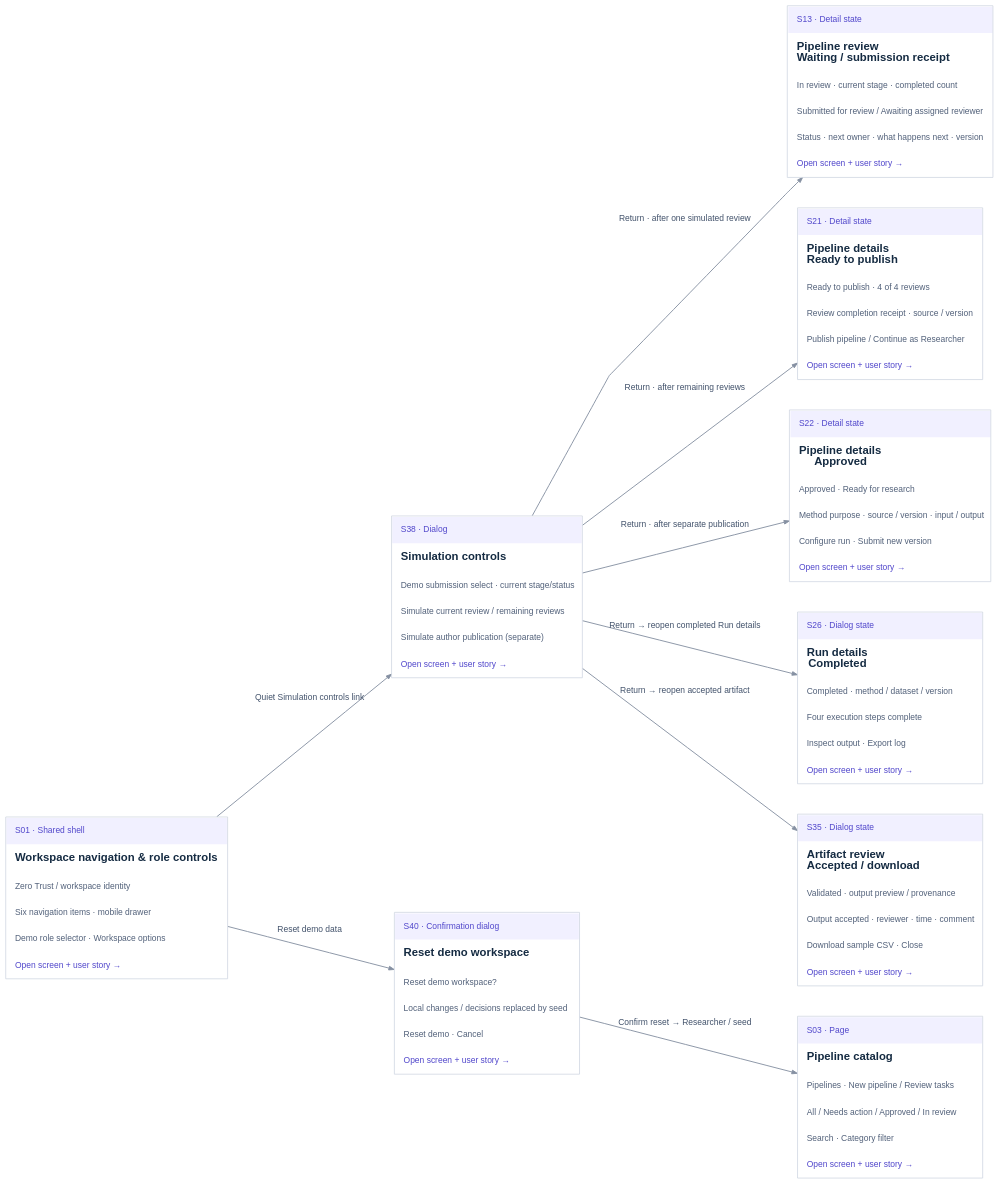
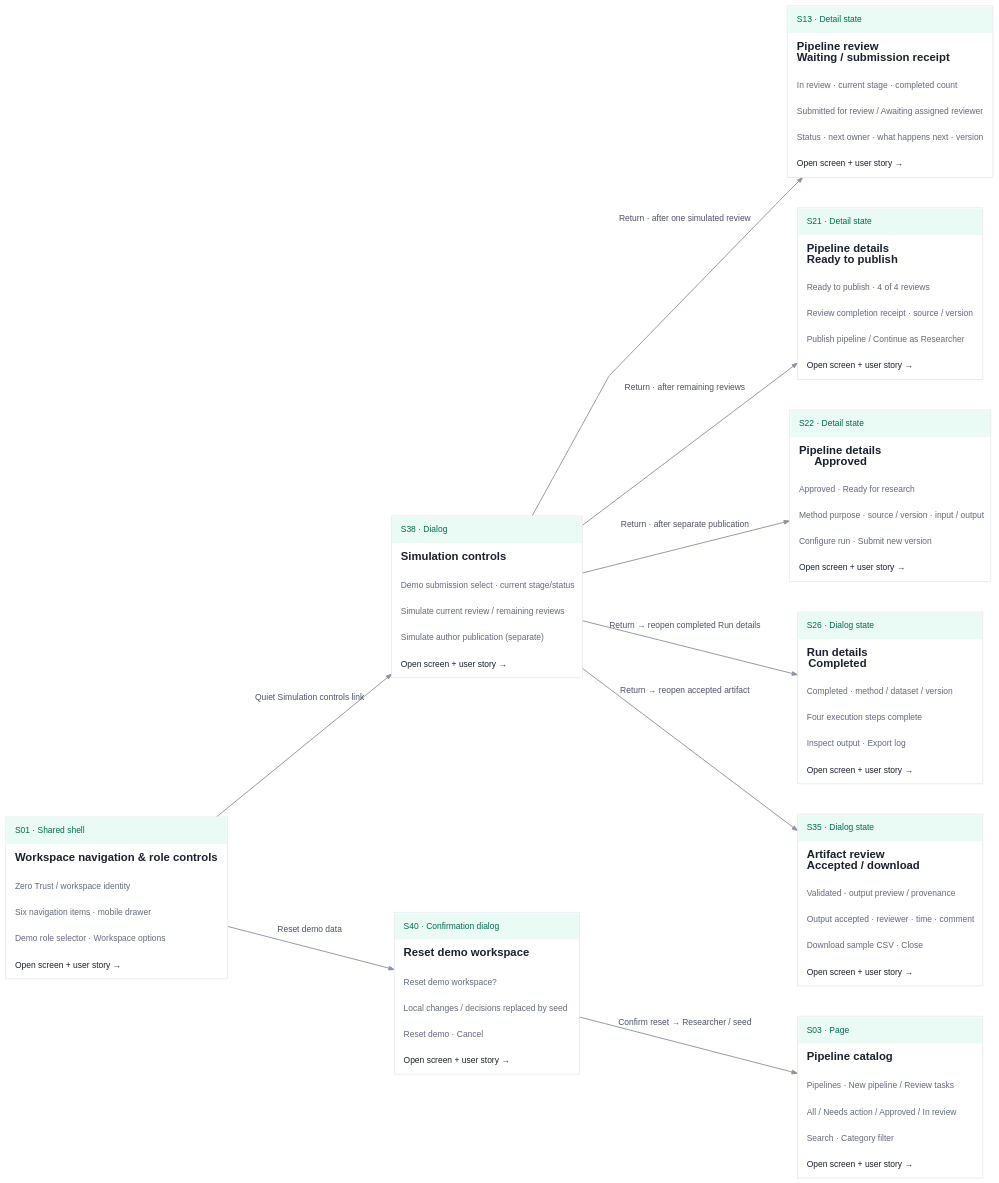
One commit to T-dotnet/Zero_trust changed the diagram in public/mvp-flow-docs/flows/F11.dot. Above: the diagram before and after it, drawn with Graphviz. The commit also changed 50 other files, not shown here.

```diff
--- a/public/mvp-flow-docs/flows/F11.dot
+++ b/public/mvp-flow-docs/flows/F11.dot
@@ -1,16 +1,16 @@
 digraph flow {
 graph [rankdir=LR, bgcolor="transparent", pad="0.25", nodesep="0.6", ranksep="1.05", splines=polyline, outputorder=edgesfirst];
 node [shape=plain, fontname="Arial"];
-edge [color="#8590a2", fontcolor="#42526b", fontname="Arial", fontsize=12, arrowsize=0.75, penwidth=1.3];
-S01 [id="node-S01", href="#screen=S01&journey=F11", tooltip="Workspace navigation & role controls", label=<<TABLE BORDER="1" COLOR="#cbd2df" CELLBORDER="0" CELLSPACING="0" CELLPADDING="12" BGCOLOR="white"><TR><TD ALIGN="LEFT" WIDTH="260" BGCOLOR="#f1f0ff"><FONT POINT-SIZE="12" COLOR="#5147cb">S01 · Shared shell</FONT></TD></TR><TR><TD ALIGN="LEFT"><FONT POINT-SIZE="16" COLOR="#152b42"><B>Workspace navigation &amp; role controls</B></FONT></TD></TR><TR><TD ALIGN="LEFT"><FONT POINT-SIZE="12" COLOR="#52617a">Zero Trust / workspace identity</FONT></TD></TR><TR><TD ALIGN="LEFT"><FONT POINT-SIZE="12" COLOR="#52617a">Six navigation items · mobile drawer</FONT></TD></TR><TR><TD ALIGN="LEFT"><FONT POINT-SIZE="12" COLOR="#52617a">Demo role selector · Workspace options</FONT></TD></TR><TR><TD ALIGN="LEFT"><FONT POINT-SIZE="12" COLOR="#5147cb">Open screen + user story →</FONT></TD></TR></TABLE>>];
-S38 [id="node-S38", href="#screen=S38&journey=F11", tooltip="Simulation controls", label=<<TABLE BORDER="1" COLOR="#cbd2df" CELLBORDER="0" CELLSPACING="0" CELLPADDING="12" BGCOLOR="white"><TR><TD ALIGN="LEFT" WIDTH="260" BGCOLOR="#f1f0ff"><FONT POINT-SIZE="12" COLOR="#5147cb">S38 · Dialog</FONT></TD></TR><TR><TD ALIGN="LEFT"><FONT POINT-SIZE="16" COLOR="#152b42"><B>Simulation controls</B></FONT></TD></TR><TR><TD ALIGN="LEFT"><FONT POINT-SIZE="12" COLOR="#52617a">Demo submission select · current stage/status</FONT></TD></TR><TR><TD ALIGN="LEFT"><FONT POINT-SIZE="12" COLOR="#52617a">Simulate current review / remaining reviews</FONT></TD></TR><TR><TD ALIGN="LEFT"><FONT POINT-SIZE="12" COLOR="#52617a">Simulate author publication (separate)</FONT></TD></TR><TR><TD ALIGN="LEFT"><FONT POINT-SIZE="12" COLOR="#5147cb">Open screen + user story →</FONT></TD></TR></TABLE>>];
-S13 [id="node-S13", href="#screen=S13&journey=F11", tooltip="Pipeline review · Waiting / submission receipt", label=<<TABLE BORDER="1" COLOR="#cbd2df" CELLBORDER="0" CELLSPACING="0" CELLPADDING="12" BGCOLOR="white"><TR><TD ALIGN="LEFT" WIDTH="260" BGCOLOR="#f1f0ff"><FONT POINT-SIZE="12" COLOR="#5147cb">S13 · Detail state</FONT></TD></TR><TR><TD ALIGN="LEFT"><FONT POINT-SIZE="16" COLOR="#152b42"><B>Pipeline review<BR ALIGN="LEFT"/>Waiting / submission receipt</B></FONT></TD></TR><TR><TD ALIGN="LEFT"><FONT POINT-SIZE="12" COLOR="#52617a">In review · current stage · completed count</FONT></TD></TR><TR><TD ALIGN="LEFT"><FONT POINT-SIZE="12" COLOR="#52617a">Submitted for review / Awaiting assigned reviewer</FONT></TD></TR><TR><TD ALIGN="LEFT"><FONT POINT-SIZE="12" COLOR="#52617a">Status · next owner · what happens next · version</FONT></TD></TR><TR><TD ALIGN="LEFT"><FONT POINT-SIZE="12" COLOR="#5147cb">Open screen + user story →</FONT></TD></TR></TABLE>>];
-S21 [id="node-S21", href="#screen=S21&journey=F11", tooltip="Pipeline details · Ready to publish", label=<<TABLE BORDER="1" COLOR="#cbd2df" CELLBORDER="0" CELLSPACING="0" CELLPADDING="12" BGCOLOR="white"><TR><TD ALIGN="LEFT" WIDTH="260" BGCOLOR="#f1f0ff"><FONT POINT-SIZE="12" COLOR="#5147cb">S21 · Detail state</FONT></TD></TR><TR><TD ALIGN="LEFT"><FONT POINT-SIZE="16" COLOR="#152b42"><B>Pipeline details<BR ALIGN="LEFT"/>Ready to publish</B></FONT></TD></TR><TR><TD ALIGN="LEFT"><FONT POINT-SIZE="12" COLOR="#52617a">Ready to publish · 4 of 4 reviews</FONT></TD></TR><TR><TD ALIGN="LEFT"><FONT POINT-SIZE="12" COLOR="#52617a">Review completion receipt · source / version</FONT></TD></TR><TR><TD ALIGN="LEFT"><FONT POINT-SIZE="12" COLOR="#52617a">Publish pipeline / Continue as Researcher</FONT></TD></TR><TR><TD ALIGN="LEFT"><FONT POINT-SIZE="12" COLOR="#5147cb">Open screen + user story →</FONT></TD></TR></TABLE>>];
-S22 [id="node-S22", href="#screen=S22&journey=F11", tooltip="Pipeline details · Approved", label=<<TABLE BORDER="1" COLOR="#cbd2df" CELLBORDER="0" CELLSPACING="0" CELLPADDING="12" BGCOLOR="white"><TR><TD ALIGN="LEFT" WIDTH="260" BGCOLOR="#f1f0ff"><FONT POINT-SIZE="12" COLOR="#5147cb">S22 · Detail state</FONT></TD></TR><TR><TD ALIGN="LEFT"><FONT POINT-SIZE="16" COLOR="#152b42"><B>Pipeline details<BR ALIGN="LEFT"/>Approved</B></FONT></TD></TR><TR><TD ALIGN="LEFT"><FONT POINT-SIZE="12" COLOR="#52617a">Approved · Ready for research</FONT></TD></TR><TR><TD ALIGN="LEFT"><FONT POINT-SIZE="12" COLOR="#52617a">Method purpose · source / version · input / output</FONT></TD></TR><TR><TD ALIGN="LEFT"><FONT POINT-SIZE="12" COLOR="#52617a">Configure run · Submit new version</FONT></TD></TR><TR><TD ALIGN="LEFT"><FONT POINT-SIZE="12" COLOR="#5147cb">Open screen + user story →</FONT></TD></TR></TABLE>>];
-S26 [id="node-S26", href="#screen=S26&journey=F11", tooltip="Run details · Completed", label=<<TABLE BORDER="1" COLOR="#cbd2df" CELLBORDER="0" CELLSPACING="0" CELLPADDING="12" BGCOLOR="white"><TR><TD ALIGN="LEFT" WIDTH="260" BGCOLOR="#f1f0ff"><FONT POINT-SIZE="12" COLOR="#5147cb">S26 · Dialog state</FONT></TD></TR><TR><TD ALIGN="LEFT"><FONT POINT-SIZE="16" COLOR="#152b42"><B>Run details<BR ALIGN="LEFT"/>Completed</B></FONT></TD></TR><TR><TD ALIGN="LEFT"><FONT POINT-SIZE="12" COLOR="#52617a">Completed · method / dataset / version</FONT></TD></TR><TR><TD ALIGN="LEFT"><FONT POINT-SIZE="12" COLOR="#52617a">Four execution steps complete</FONT></TD></TR><TR><TD ALIGN="LEFT"><FONT POINT-SIZE="12" COLOR="#52617a">Inspect output · Export log</FONT></TD></TR><TR><TD ALIGN="LEFT"><FONT POINT-SIZE="12" COLOR="#5147cb">Open screen + user story →</FONT></TD></TR></TABLE>>];
-S35 [id="node-S35", href="#screen=S35&journey=F11", tooltip="Artifact review · Accepted / download", label=<<TABLE BORDER="1" COLOR="#cbd2df" CELLBORDER="0" CELLSPACING="0" CELLPADDING="12" BGCOLOR="white"><TR><TD ALIGN="LEFT" WIDTH="260" BGCOLOR="#f1f0ff"><FONT POINT-SIZE="12" COLOR="#5147cb">S35 · Dialog state</FONT></TD></TR><TR><TD ALIGN="LEFT"><FONT POINT-SIZE="16" COLOR="#152b42"><B>Artifact review<BR ALIGN="LEFT"/>Accepted / download</B></FONT></TD></TR><TR><TD ALIGN="LEFT"><FONT POINT-SIZE="12" COLOR="#52617a">Validated · output preview / provenance</FONT></TD></TR><TR><TD ALIGN="LEFT"><FONT POINT-SIZE="12" COLOR="#52617a">Output accepted · reviewer · time · comment</FONT></TD></TR><TR><TD ALIGN="LEFT"><FONT POINT-SIZE="12" COLOR="#52617a">Download sample CSV · Close</FONT></TD></TR><TR><TD ALIGN="LEFT"><FONT POINT-SIZE="12" COLOR="#5147cb">Open screen + user story →</FONT></TD></TR></TABLE>>];
-S40 [id="node-S40", href="#screen=S40&journey=F11", tooltip="Reset demo workspace", label=<<TABLE BORDER="1" COLOR="#cbd2df" CELLBORDER="0" CELLSPACING="0" CELLPADDING="12" BGCOLOR="white"><TR><TD ALIGN="LEFT" WIDTH="260" BGCOLOR="#f1f0ff"><FONT POINT-SIZE="12" COLOR="#5147cb">S40 · Confirmation dialog</FONT></TD></TR><TR><TD ALIGN="LEFT"><FONT POINT-SIZE="16" COLOR="#152b42"><B>Reset demo workspace</B></FONT></TD></TR><TR><TD ALIGN="LEFT"><FONT POINT-SIZE="12" COLOR="#52617a">Reset demo workspace?</FONT></TD></TR><TR><TD ALIGN="LEFT"><FONT POINT-SIZE="12" COLOR="#52617a">Local changes / decisions replaced by seed</FONT></TD></TR><TR><TD ALIGN="LEFT"><FONT POINT-SIZE="12" COLOR="#52617a">Reset demo · Cancel</FONT></TD></TR><TR><TD ALIGN="LEFT"><FONT POINT-SIZE="12" COLOR="#5147cb">Open screen + user story →</FONT></TD></TR></TABLE>>];
-S03 [id="node-S03", href="#screen=S03&journey=F11", tooltip="Pipeline catalog", label=<<TABLE BORDER="1" COLOR="#cbd2df" CELLBORDER="0" CELLSPACING="0" CELLPADDING="12" BGCOLOR="white"><TR><TD ALIGN="LEFT" WIDTH="260" BGCOLOR="#f1f0ff"><FONT POINT-SIZE="12" COLOR="#5147cb">S03 · Page</FONT></TD></TR><TR><TD ALIGN="LEFT"><FONT POINT-SIZE="16" COLOR="#152b42"><B>Pipeline catalog</B></FONT></TD></TR><TR><TD ALIGN="LEFT"><FONT POINT-SIZE="12" COLOR="#52617a">Pipelines · New pipeline / Review tasks</FONT></TD></TR><TR><TD ALIGN="LEFT"><FONT POINT-SIZE="12" COLOR="#52617a">All / Needs action / Approved / In review</FONT></TD></TR><TR><TD ALIGN="LEFT"><FONT POINT-SIZE="12" COLOR="#52617a">Search · Category filter</FONT></TD></TR><TR><TD ALIGN="LEFT"><FONT POINT-SIZE="12" COLOR="#5147cb">Open screen + user story →</FONT></TD></TR></TABLE>>];
+edge [color="#8c91a4", fontcolor="#495268", fontname="Arial", fontsize=12, arrowsize=0.75, penwidth=1.3];
+S01 [id="node-S01", href="#screen=S01&journey=F11", tooltip="Workspace navigation & role controls", label=<<TABLE BORDER="1" COLOR="#e0e4ec" CELLBORDER="0" CELLSPACING="0" CELLPADDING="12" BGCOLOR="white"><TR><TD ALIGN="LEFT" WIDTH="260" BGCOLOR="#eafbf5"><FONT POINT-SIZE="12" COLOR="#006b50">S01 · Shared shell</FONT></TD></TR><TR><TD ALIGN="LEFT"><FONT POINT-SIZE="16" COLOR="#18212f"><B>Workspace navigation &amp; role controls</B></FONT></TD></TR><TR><TD ALIGN="LEFT"><FONT POINT-SIZE="12" COLOR="#626a7e">Zero Trust / workspace identity</FONT></TD></TR><TR><TD ALIGN="LEFT"><FONT POINT-SIZE="12" COLOR="#626a7e">Six navigation items · mobile drawer</FONT></TD></TR><TR><TD ALIGN="LEFT"><FONT POINT-SIZE="12" COLOR="#626a7e">Demo role selector · Workspace options</FONT></TD></TR><TR><TD ALIGN="LEFT"><FONT POINT-SIZE="12" COLOR="#18212f">Open screen + user story →</FONT></TD></TR></TABLE>>];
+S38 [id="node-S38", href="#screen=S38&journey=F11", tooltip="Simulation controls", label=<<TABLE BORDER="1" COLOR="#e0e4ec" CELLBORDER="0" CELLSPACING="0" CELLPADDING="12" BGCOLOR="white"><TR><TD ALIGN="LEFT" WIDTH="260" BGCOLOR="#eafbf5"><FONT POINT-SIZE="12" COLOR="#006b50">S38 · Dialog</FONT></TD></TR><TR><TD ALIGN="LEFT"><FONT POINT-SIZE="16" COLOR="#18212f"><B>Simulation controls</B></FONT></TD></TR><TR><TD ALIGN="LEFT"><FONT POINT-SIZE="12" COLOR="#626a7e">Demo submission select · current stage/status</FONT></TD></TR><TR><TD ALIGN="LEFT"><FONT POINT-SIZE="12" COLOR="#626a7e">Simulate current review / remaining reviews</FONT></TD></TR><TR><TD ALIGN="LEFT"><FONT POINT-SIZE="12" COLOR="#626a7e">Simulate author publication (separate)</FONT></TD></TR><TR><TD ALIGN="LEFT"><FONT POINT-SIZE="12" COLOR="#18212f">Open screen + user story →</FONT></TD></TR></TABLE>>];
+S13 [id="node-S13", href="#screen=S13&journey=F11", tooltip="Pipeline review · Waiting / submission receipt", label=<<TABLE BORDER="1" COLOR="#e0e4ec" CELLBORDER="0" CELLSPACING="0" CELLPADDING="12" BGCOLOR="white"><TR><TD ALIGN="LEFT" WIDTH="260" BGCOLOR="#eafbf5"><FONT POINT-SIZE="12" COLOR="#006b50">S13 · Detail state</FONT></TD></TR><TR><TD ALIGN="LEFT"><FONT POINT-SIZE="16" COLOR="#18212f"><B>Pipeline review<BR ALIGN="LEFT"/>Waiting / submission receipt</B></FONT></TD></TR><TR><TD ALIGN="LEFT"><FONT POINT-SIZE="12" COLOR="#626a7e">In review · current stage · completed count</FONT></TD></TR><TR><TD ALIGN="LEFT"><FONT POINT-SIZE="12" COLOR="#626a7e">Submitted for review / Awaiting assigned reviewer</FONT></TD></TR><TR><TD ALIGN="LEFT"><FONT POINT-SIZE="12" COLOR="#626a7e">Status · next owner · what happens next · version</FONT></TD></TR><TR><TD ALIGN="LEFT"><FONT POINT-SIZE="12" COLOR="#18212f">Open screen + user story →</FONT></TD></TR></TABLE>>];
+S21 [id="node-S21", href="#screen=S21&journey=F11", tooltip="Pipeline details · Ready to publish", label=<<TABLE BORDER="1" COLOR="#e0e4ec" CELLBORDER="0" CELLSPACING="0" CELLPADDING="12" BGCOLOR="white"><TR><TD ALIGN="LEFT" WIDTH="260" BGCOLOR="#eafbf5"><FONT POINT-SIZE="12" COLOR="#006b50">S21 · Detail state</FONT></TD></TR><TR><TD ALIGN="LEFT"><FONT POINT-SIZE="16" COLOR="#18212f"><B>Pipeline details<BR ALIGN="LEFT"/>Ready to publish</B></FONT></TD></TR><TR><TD ALIGN="LEFT"><FONT POINT-SIZE="12" COLOR="#626a7e">Ready to publish · 4 of 4 reviews</FONT></TD></TR><TR><TD ALIGN="LEFT"><FONT POINT-SIZE="12" COLOR="#626a7e">Review completion receipt · source / version</FONT></TD></TR><TR><TD ALIGN="LEFT"><FONT POINT-SIZE="12" COLOR="#626a7e">Publish pipeline / Continue as Researcher</FONT></TD></TR><TR><TD ALIGN="LEFT"><FONT POINT-SIZE="12" COLOR="#18212f">Open screen + user story →</FONT></TD></TR></TABLE>>];
+S22 [id="node-S22", href="#screen=S22&journey=F11", tooltip="Pipeline details · Approved", label=<<TABLE BORDER="1" COLOR="#e0e4ec" CELLBORDER="0" CELLSPACING="0" CELLPADDING="12" BGCOLOR="white"><TR><TD ALIGN="LEFT" WIDTH="260" BGCOLOR="#eafbf5"><FONT POINT-SIZE="12" COLOR="#006b50">S22 · Detail state</FONT></TD></TR><TR><TD ALIGN="LEFT"><FONT POINT-SIZE="16" COLOR="#18212f"><B>Pipeline details<BR ALIGN="LEFT"/>Approved</B></FONT></TD></TR><TR><TD ALIGN="LEFT"><FONT POINT-SIZE="12" COLOR="#626a7e">Approved · Ready for research</FONT></TD></TR><TR><TD ALIGN="LEFT"><FONT POINT-SIZE="12" COLOR="#626a7e">Method purpose · source / version · input / output</FONT></TD></TR><TR><TD ALIGN="LEFT"><FONT POINT-SIZE="12" COLOR="#626a7e">Configure run · Submit new version</FONT></TD></TR><TR><TD ALIGN="LEFT"><FONT POINT-SIZE="12" COLOR="#18212f">Open screen + user story →</FONT></TD></TR></TABLE>>];
+S26 [id="node-S26", href="#screen=S26&journey=F11", tooltip="Run details · Completed", label=<<TABLE BORDER="1" COLOR="#e0e4ec" CELLBORDER="0" CELLSPACING="0" CELLPADDING="12" BGCOLOR="white"><TR><TD ALIGN="LEFT" WIDTH="260" BGCOLOR="#eafbf5"><FONT POINT-SIZE="12" COLOR="#006b50">S26 · Dialog state</FONT></TD></TR><TR><TD ALIGN="LEFT"><FONT POINT-SIZE="16" COLOR="#18212f"><B>Run details<BR ALIGN="LEFT"/>Completed</B></FONT></TD></TR><TR><TD ALIGN="LEFT"><FONT POINT-SIZE="12" COLOR="#626a7e">Completed · method / dataset / version</FONT></TD></TR><TR><TD ALIGN="LEFT"><FONT POINT-SIZE="12" COLOR="#626a7e">Four execution steps complete</FONT></TD></TR><TR><TD ALIGN="LEFT"><FONT POINT-SIZE="12" COLOR="#626a7e">Inspect output · Export log</FONT></TD></TR><TR><TD ALIGN="LEFT"><FONT POINT-SIZE="12" COLOR="#18212f">Open screen + user story →</FONT></TD></TR></TABLE>>];
+S35 [id="node-S35", href="#screen=S35&journey=F11", tooltip="Artifact review · Accepted / download", label=<<TABLE BORDER="1" COLOR="#e0e4ec" CELLBORDER="0" CELLSPACING="0" CELLPADDING="12" BGCOLOR="white"><TR><TD ALIGN="LEFT" WIDTH="260" BGCOLOR="#eafbf5"><FONT POINT-SIZE="12" COLOR="#006b50">S35 · Dialog state</FONT></TD></TR><TR><TD ALIGN="LEFT"><FONT POINT-SIZE="16" COLOR="#18212f"><B>Artifact review<BR ALIGN="LEFT"/>Accepted / download</B></FONT></TD></TR><TR><TD ALIGN="LEFT"><FONT POINT-SIZE="12" COLOR="#626a7e">Validated · output preview / provenance</FONT></TD></TR><TR><TD ALIGN="LEFT"><FONT POINT-SIZE="12" COLOR="#626a7e">Output accepted · reviewer · time · comment</FONT></TD></TR><TR><TD ALIGN="LEFT"><FONT POINT-SIZE="12" COLOR="#626a7e">Download sample CSV · Close</FONT></TD></TR><TR><TD ALIGN="LEFT"><FONT POINT-SIZE="12" COLOR="#18212f">Open screen + user story →</FONT></TD></TR></TABLE>>];
+S40 [id="node-S40", href="#screen=S40&journey=F11", tooltip="Reset demo workspace", label=<<TABLE BORDER="1" COLOR="#e0e4ec" CELLBORDER="0" CELLSPACING="0" CELLPADDING="12" BGCOLOR="white"><TR><TD ALIGN="LEFT" WIDTH="260" BGCOLOR="#eafbf5"><FONT POINT-SIZE="12" COLOR="#006b50">S40 · Confirmation dialog</FONT></TD></TR><TR><TD ALIGN="LEFT"><FONT POINT-SIZE="16" COLOR="#18212f"><B>Reset demo workspace</B></FONT></TD></TR><TR><TD ALIGN="LEFT"><FONT POINT-SIZE="12" COLOR="#626a7e">Reset demo workspace?</FONT></TD></TR><TR><TD ALIGN="LEFT"><FONT POINT-SIZE="12" COLOR="#626a7e">Local changes / decisions replaced by seed</FONT></TD></TR><TR><TD ALIGN="LEFT"><FONT POINT-SIZE="12" COLOR="#626a7e">Reset demo · Cancel</FONT></TD></TR><TR><TD ALIGN="LEFT"><FONT POINT-SIZE="12" COLOR="#18212f">Open screen + user story →</FONT></TD></TR></TABLE>>];
+S03 [id="node-S03", href="#screen=S03&journey=F11", tooltip="Pipeline catalog", label=<<TABLE BORDER="1" COLOR="#e0e4ec" CELLBORDER="0" CELLSPACING="0" CELLPADDING="12" BGCOLOR="white"><TR><TD ALIGN="LEFT" WIDTH="260" BGCOLOR="#eafbf5"><FONT POINT-SIZE="12" COLOR="#006b50">S03 · Page</FONT></TD></TR><TR><TD ALIGN="LEFT"><FONT POINT-SIZE="16" COLOR="#18212f"><B>Pipeline catalog</B></FONT></TD></TR><TR><TD ALIGN="LEFT"><FONT POINT-SIZE="12" COLOR="#626a7e">Pipelines · New pipeline / Review tasks</FONT></TD></TR><TR><TD ALIGN="LEFT"><FONT POINT-SIZE="12" COLOR="#626a7e">All / Needs action / Approved / In review</FONT></TD></TR><TR><TD ALIGN="LEFT"><FONT POINT-SIZE="12" COLOR="#626a7e">Search · Category filter</FONT></TD></TR><TR><TD ALIGN="LEFT"><FONT POINT-SIZE="12" COLOR="#18212f">Open screen + user story →</FONT></TD></TR></TABLE>>];
 S01 -> S38 [label="Quiet Simulation controls link", tooltip="Quiet Simulation controls link"];
 S38 -> S13 [label="Return · after one simulated review", tooltip="Return · after one simulated review"];
 S38 -> S21 [label="Return · after remaining reviews", tooltip="Return · after remaining reviews"];
```
